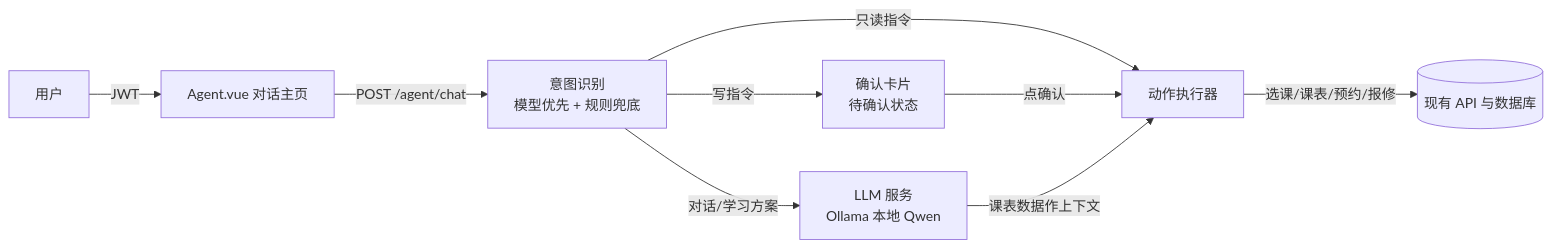
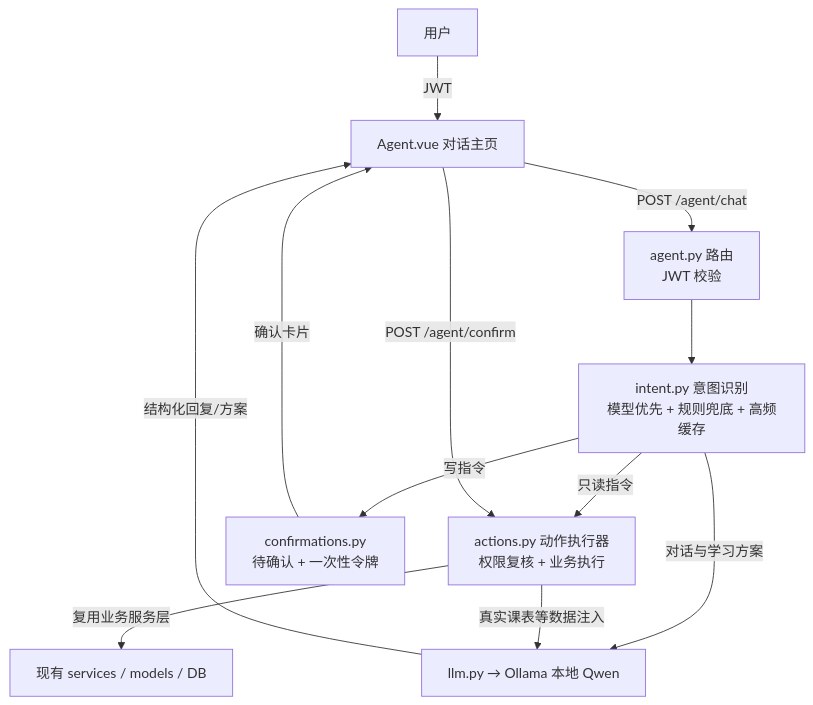
The diagram in docs/superpowers/specs/2026-08-02-agent-assistant-design.md (zhongli20061006/daxuezhongheguanlixitong), drawn with Mermaid before and after one commit. The commit also changed other lines of this file, not shown here.

Commit message:
docs(agent): clarify intent fallback, executor permissions and resilience per review

````diff
--- a/docs/superpowers/specs/2026-08-02-agent-assistant-design.md
+++ b/docs/superpowers/specs/2026-08-02-agent-assistant-design.md
@@ -30,11 +32,14 @@
 ```mermaid
-flowchart LR
+flowchart TB
     U[用户] -->|JWT| V[Agent.vue 对话主页]
-    V -->|POST /agent/chat| I[意图识别<br/>模型优先 + 规则兜底]
-    I -->|只读指令| A[动作执行器]
-    I -->|写指令| C[确认卡片<br/>待确认状态]
-    C -->|点确认| A
-    A -->|选课/课表/预约/报修| DB[(现有 API 与数据库)]
-    I -->|对话/学习方案| L[LLM 服务<br/>Ollama 本地 Qwen]
-    L -->|课表数据作上下文| A
+    V -->|POST /agent/chat| R[agent.py 路由<br/>JWT 校验]
+    R --> I[intent.py 意图识别<br/>模型优先 + 规则兜底 + 高频缓存]
+    I -->|只读指令| A[actions.py 动作执行器<br/>权限复核 + 业务执行]
+    I -->|写指令| C[confirmations.py<br/>待确认 + 一次性令牌]
+    C -->|确认卡片| V
+    V -->|POST /agent/confirm| A
+    A -->|复用业务服务层| S[现有 services / models / DB]
+    I -->|对话与学习方案| L[llm.py → Ollama 本地 Qwen]
+    A -->|真实课表等数据注入| L
+    L -->|结构化回复/方案| V
 ```
````
